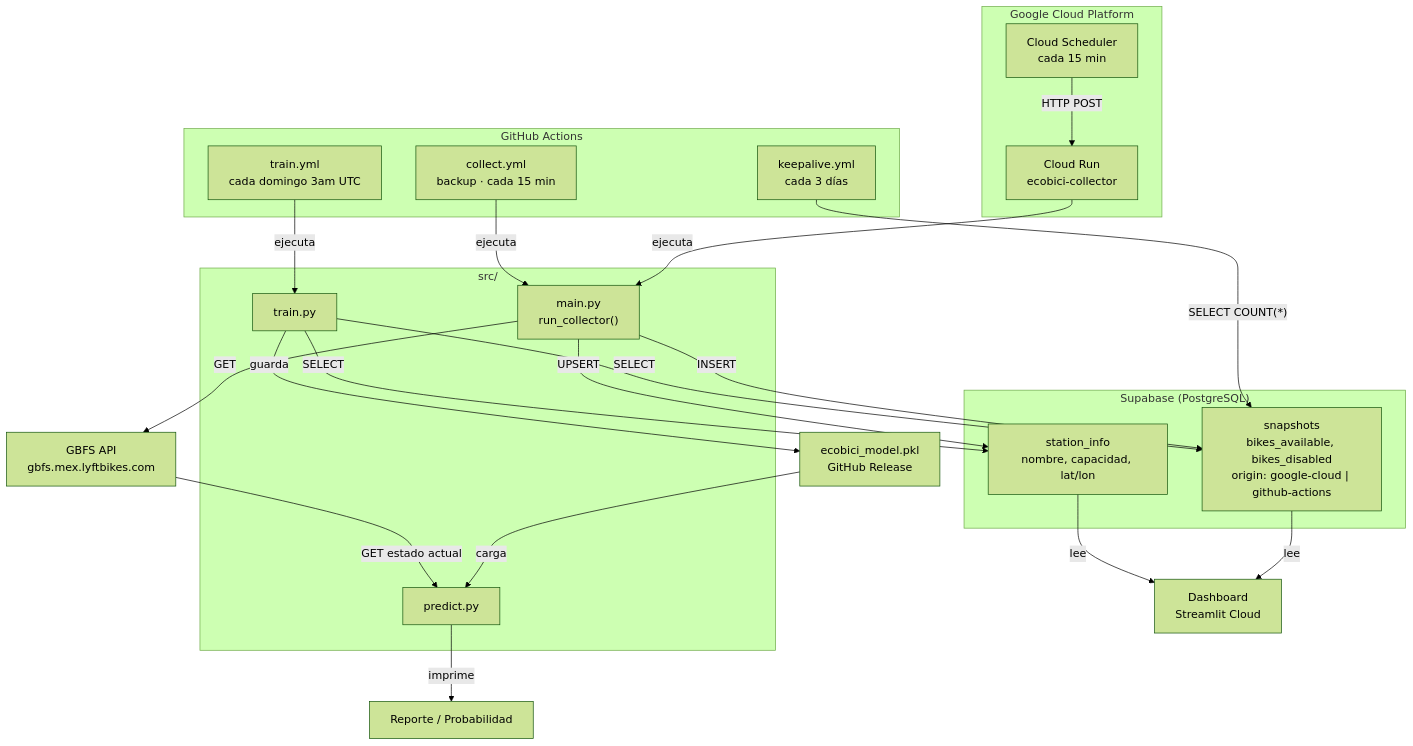
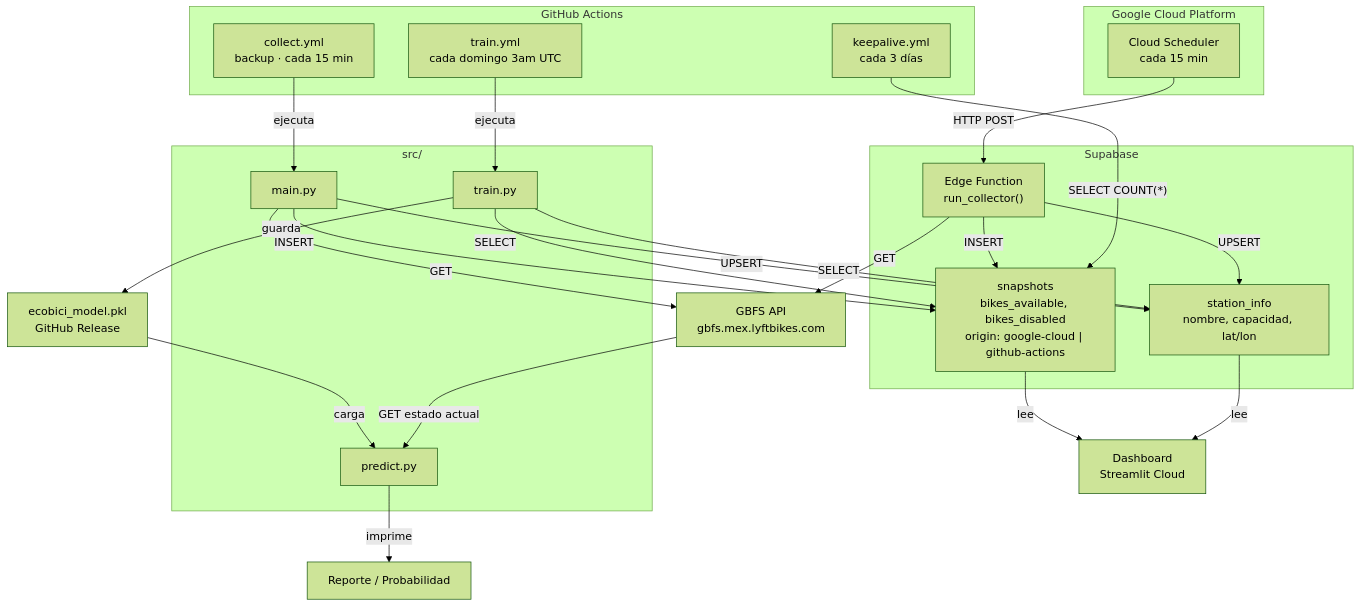
The diagram in README.md (jmtoral/ecobici-collector), drawn with Mermaid (forest theme) before and after one commit. The commit also changed other lines of this file, not shown here.

First line of the commit message:
Actualizar README: quitar Cloud Build/Run, reflejar arquitectura Scheduler + Supabase

````diff
--- a/README.md
+++ b/README.md
@@ -41,50 +41,53 @@
 ```mermaid
 flowchart TD
     API["GBFS API\ngbfs.mex.lyftbikes.com"]
 
     subgraph GCP["Google Cloud Platform"]
         SCH["Cloud Scheduler\ncada 15 min"]
-        CR["Cloud Run\necobici-collector"]
+    end
+
+    subgraph SB["Supabase"]
+        EF["Edge Function\nrun_collector()"]
+        SI["station_info\nnombre, capacidad, lat/lon"]
+        SN["snapshots\nbikes_available, bikes_disabled\norigin: google-cloud | github-actions"]
     end
 
     subgraph GHA["GitHub Actions"]
         WT["train.yml\ncada domingo 3am UTC"]
         WK["keepalive.yml\ncada 3 días"]
         WC["collect.yml\nbackup · cada 15 min"]
     end
 
     subgraph SRC["src/"]
-        MAIN["main.py\nrun_collector()"]
+        MAIN["main.py"]
         TRN["train.py"]
         PRD["predict.py"]
-    end
-
-    subgraph DB["Supabase (PostgreSQL)"]
-        SI["station_info\nnombre, capacidad, lat/lon"]
-        SN["snapshots\nbikes_available, bikes_disabled\norigin: google-cloud | github-actions"]
     end
 
     PKL["ecobici_model.pkl\nGitHub Release"]
     DASH["Dashboard\nStreamlit Cloud"]
 
-    SCH -->|"HTTP POST"| CR
-    CR -->|"ejecuta"| MAIN
+    SCH -->|"HTTP POST"| EF
+    EF -->|"GET"| API
+    EF -->|"INSERT"| SN
+    EF -->|"UPSERT"| SI
+
     WC -->|"ejecuta"| MAIN
     MAIN -->|"GET"| API
     MAIN -->|"INSERT"| SN
     MAIN -->|"UPSERT"| SI
 
     WT -->|"ejecuta"| TRN
     TRN -->|"SELECT"| SN
     TRN -->|"SELECT"| SI
     TRN -->|"guarda"| PKL
 
     WK -->|"SELECT COUNT(*)"| SN
 
     PKL -->|"carga"| PRD
     API -->|"GET estado actual"| PRD
     PRD -->|"imprime"| OUT["Reporte / Probabilidad"]
 
     SN -->|"lee"| DASH
     SI -->|"lee"| DASH
 ```
````
